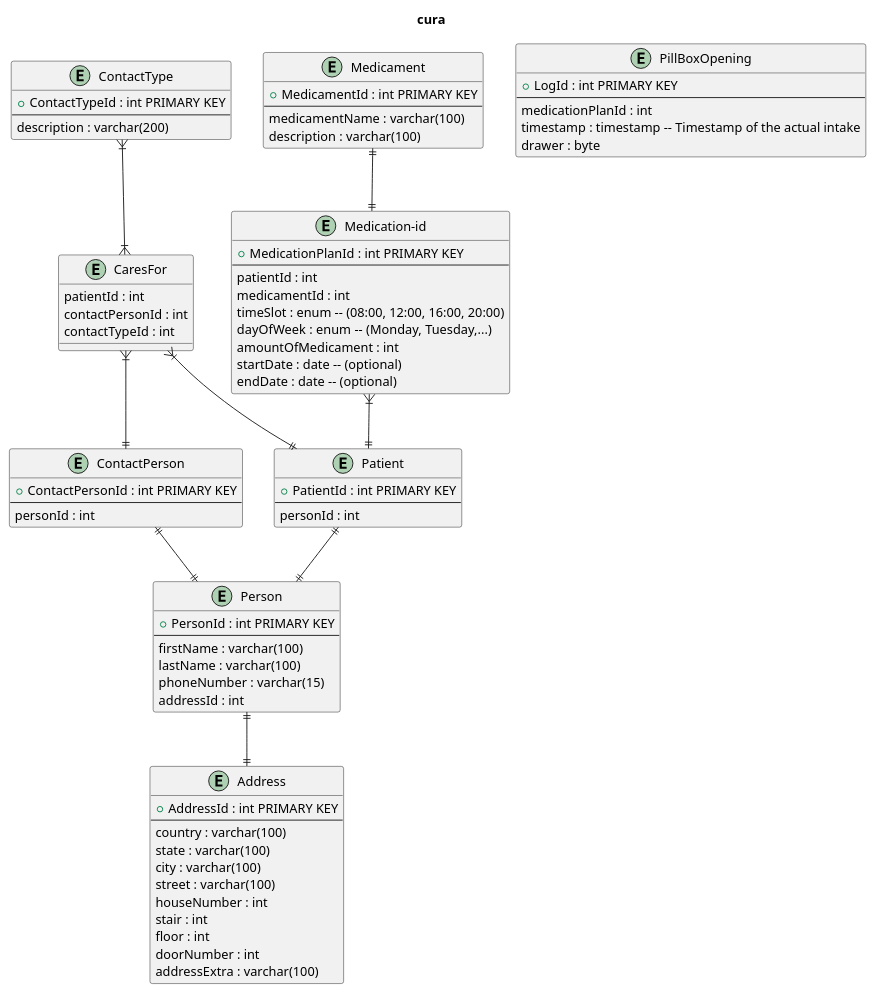
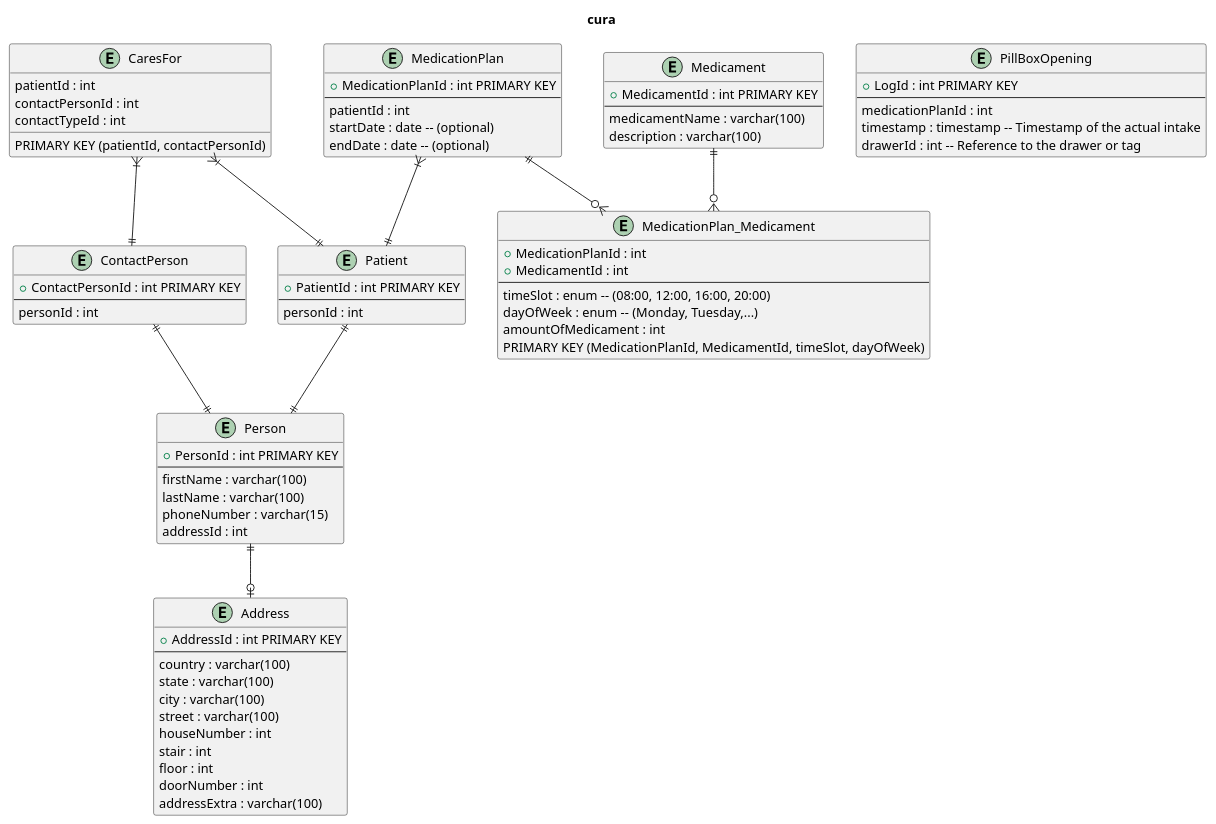
The diagram in docs/project-stucture/erd.puml (2425-4chif-syp/01-projekte-2025-4chif-syp-cura), drawn with PlantUML before and after one commit.

Commit message:
update erd, added medicationplan, deleted doctor

```diff
--- a/docs/project-stucture/erd.puml
+++ b/docs/project-stucture/erd.puml
@@ -1,91 +1,90 @@
 @startuml cura
 title cura
 
 entity "Person" as person {
     +PersonId : int PRIMARY KEY
     --
     firstName : varchar(100)
     lastName : varchar(100)
     phoneNumber : varchar(15)
     addressId : int
 }
 
 entity "Patient" as patient {
     +PatientId : int PRIMARY KEY
     --
     personId : int
 }
 
-entity "ContactPerson" as contactPerson{
+entity "ContactPerson" as contactPerson {
     +ContactPersonId : int PRIMARY KEY
     --
     personId : int
 }
 
-entity "CaresFor" as caresFor{
+entity "CaresFor" as caresFor {
     patientId : int
     contactPersonId : int
     contactTypeId : int
+    PRIMARY KEY (patientId, contactPersonId)
 }
 
-entity "ContactType" as contactType{
-    +ContactTypeId : int PRIMARY KEY
-    --
-    description : varchar(200)
-}
-
-entity "Address" as location{
+entity "Address" as address {
     +AddressId : int PRIMARY KEY
     --
     country : varchar(100)
     state : varchar(100)
     city : varchar(100)
     street : varchar(100)
     houseNumber : int
     stair : int
     floor : int
     doorNumber : int
     addressExtra : varchar(100)
 }
 
-entity "Medicament" as medicament{
+entity "Medicament" as medicament {
     +MedicamentId : int PRIMARY KEY
     --
     medicamentName : varchar(100)
     description : varchar(100)
 }
 
-entity "Medication-id" as plan {
+entity "MedicationPlan" as medicationPlan {
     +MedicationPlanId : int PRIMARY KEY
     --
     patientId : int
-    medicamentId : int
+    startDate : date -- (optional)
+    endDate : date -- (optional)
+}
+
+entity "MedicationPlan_Medicament" as medPlanMedicament {
+    +MedicationPlanId : int
+    +MedicamentId : int
+    --
     timeSlot : enum -- (08:00, 12:00, 16:00, 20:00)
     dayOfWeek : enum -- (Monday, Tuesday,...)
     amountOfMedicament : int
-    startDate : date -- (optional)
-    endDate : date -- (optional)
+    PRIMARY KEY (MedicationPlanId, MedicamentId, timeSlot, dayOfWeek)
 }
 
 entity "PillBoxOpening" as medicationLog {
     +LogId : int PRIMARY KEY
     --
     medicationPlanId : int
     timestamp : timestamp -- Timestamp of the actual intake
-    drawer : byte
+    drawerId : int -- Reference to the drawer or tag
 }
-
-
-
 
 caresFor }|--|| contactPerson
 caresFor }|--|| patient
+
 contactPerson ||--|| person
 patient ||--|| person
-plan }|--|| patient
-medicament ||--|| plan
-person ||--|| location
-contactType }|--|{ caresFor
 
+medicationPlan }|--|| patient
+medicationPlan ||--o{ medPlanMedicament
+medicament ||--o{ medPlanMedicament
 
+person ||--o| address
 @enduml
```
